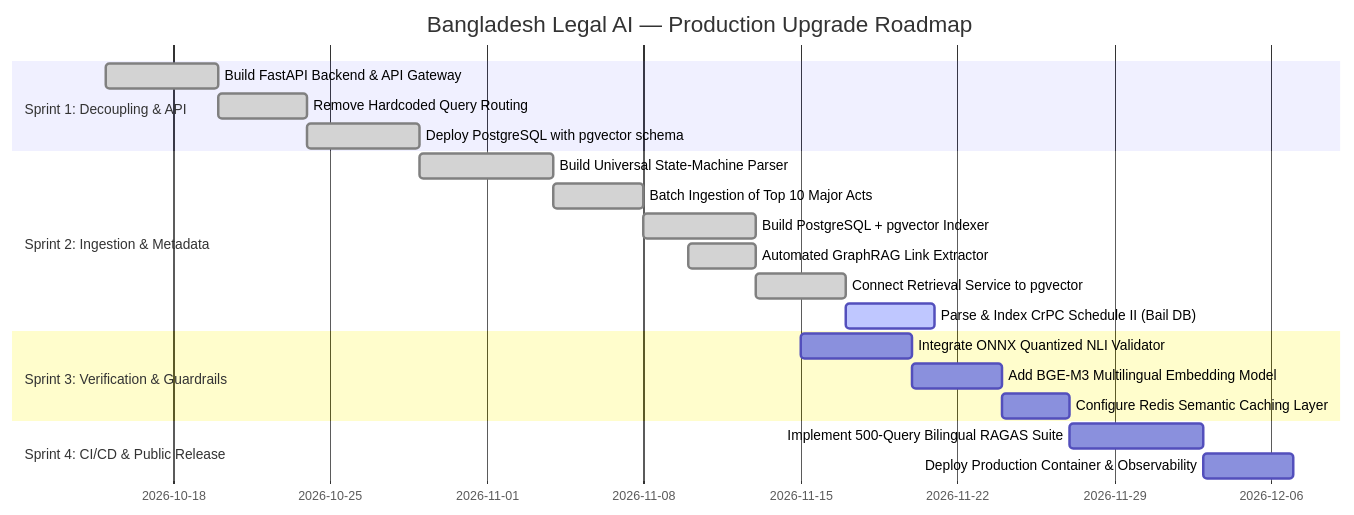
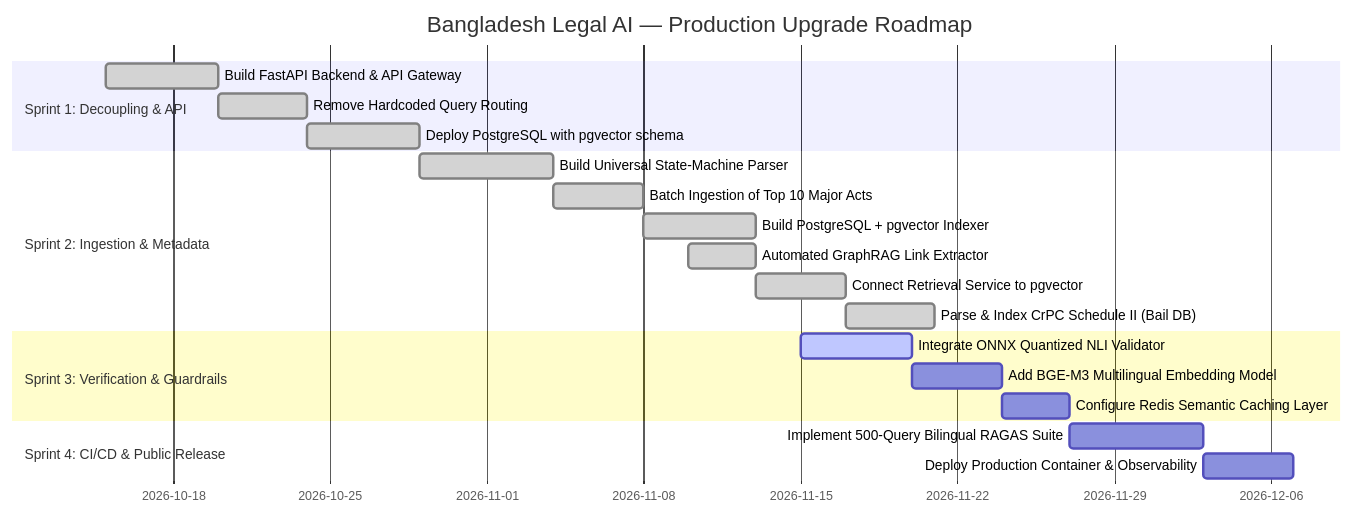
One commit to bringerofdarkness/bd-legal-ai changed the third of 3 diagrams in docs/PRODUCTION_ARCHITECTURE_AND_ROADMAP.md. Above: the diagram before and after it, drawn with Mermaid. The commit also changed other lines of this file and 1 other file, not shown here.

Commit message:
feat(data): parse CrPC Schedule II into structured JSON and complete Sprint 2 milestone

````diff
--- a/docs/PRODUCTION_ARCHITECTURE_AND_ROADMAP.md
+++ b/docs/PRODUCTION_ARCHITECTURE_AND_ROADMAP.md
@@ -394,23 +394,23 @@
 ```mermaid
 gantt
     title Bangladesh Legal AI — Production Upgrade Roadmap
     dateFormat  YYYY-MM-DD
     section Sprint 1: Decoupling & API
     Build FastAPI Backend & API Gateway       :done, s1_1, 2026-10-15, 5d
     Remove Hardcoded Query Routing            :done, s1_2, 2026-10-20, 4d
     Deploy PostgreSQL with pgvector schema    :done, s1_3, 2026-10-24, 5d
     section Sprint 2: Ingestion & Metadata
     Build Universal State-Machine Parser      :done, s2_1, 2026-10-29, 6d
     Batch Ingestion of Top 10 Major Acts      :done, s2_2, 2026-11-04, 4d
     Build PostgreSQL + pgvector Indexer       :done, s2_3, 2026-11-08, 5d
     Automated GraphRAG Link Extractor         :done, s2_4, 2026-11-10, 3d
     Connect Retrieval Service to pgvector     :done, s2_5, 2026-11-13, 4d
-    Parse & Index CrPC Schedule II (Bail DB)  :active, s2_6, 2026-11-17, 4d
+    Parse & Index CrPC Schedule II (Bail DB)  :done, s2_6, 2026-11-17, 4d
     section Sprint 3: Verification & Guardrails
-    Integrate ONNX Quantized NLI Validator    :s3_1, 2026-11-15, 5d
+    Integrate ONNX Quantized NLI Validator    :active, s3_1, 2026-11-15, 5d
     Add BGE-M3 Multilingual Embedding Model   :s3_2, 2026-11-20, 4d
     Configure Redis Semantic Caching Layer    :s3_3, 2026-11-24, 3d
     section Sprint 4: CI/CD & Public Release
     Implement 500-Query Bilingual RAGAS Suite :s4_1, 2026-11-27, 6d
     Deploy Production Container & Observability:s4_2, 2026-12-03, 4d
 ```
````
